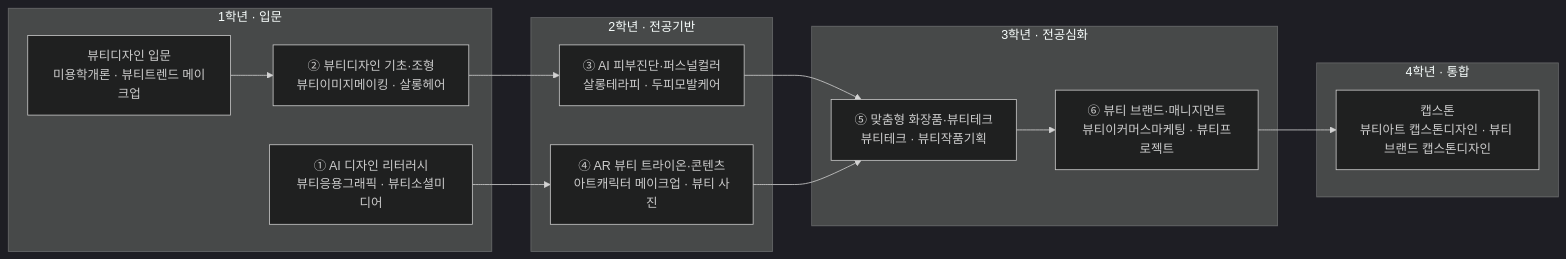
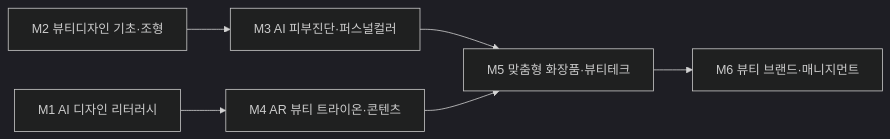
The diagram in docs/design/beauty-design.md (parclab-hsu/ai-curriculum-2026), drawn with Mermaid (dark theme) before and after one commit. The commit also changed other lines of this file and 22 other files, not shown here.

````diff
--- a/docs/design/beauty-design.md
+++ b/docs/design/beauty-design.md
@@ -142,22 +153,6 @@
 ```mermaid
 flowchart LR
-  subgraph Y1["1학년 · 입문"]
-    A0["뷰티디자인 입문<br/>미용학개론 · 뷰티트렌드 메이크업"]
-    M1["① AI 디자인 리터러시<br/>뷰티응용그래픽 · 뷰티소셜미디어"]
-    M2["② 뷰티디자인 기초·조형<br/>뷰티이미지메이킹 · 살롱헤어"]
-  end
-  subgraph Y2["2학년 · 전공기반"]
-    M3["③ AI 피부진단·퍼스널컬러<br/>살롱테라피 · 두피모발케어"]
-    M4["④ AR 뷰티 트라이온·콘텐츠<br/>아트캐릭터 메이크업 · 뷰티 사진"]
-  end
-  subgraph Y3["3학년 · 전공심화"]
-    M5["⑤ 맞춤형 화장품·뷰티테크<br/>뷰티테크 · 뷰티작품기획"]
-    M6["⑥ 뷰티 브랜드·매니지먼트<br/>뷰티이커머스마케팅 · 뷰티프로젝트"]
-  end
-  subgraph Y4["4학년 · 통합"]
-    CAP["캡스톤<br/>뷰티아트 캡스톤디자인 · 뷰티 브랜드 캡스톤디자인"]
-  end
-  A0 --> M2 --> M3 --> M5 --> M6 --> CAP
-  M1 --> M4
+  M1["M1 AI 디자인 리터러시"] --> M4["M4 AR 뷰티 트라이온·콘텐츠"]
+  M2["M2 뷰티디자인 기초·조형"] --> M3["M3 AI 피부진단·퍼스널컬러"] --> M5["M5 맞춤형 화장품·뷰티테크"] --> M6["M6 뷰티 브랜드·매니지먼트"]
   M4 --> M5
 ```
````
